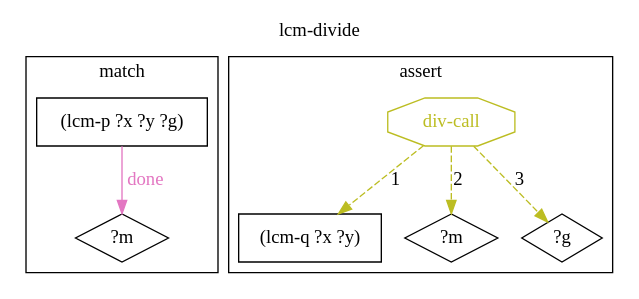
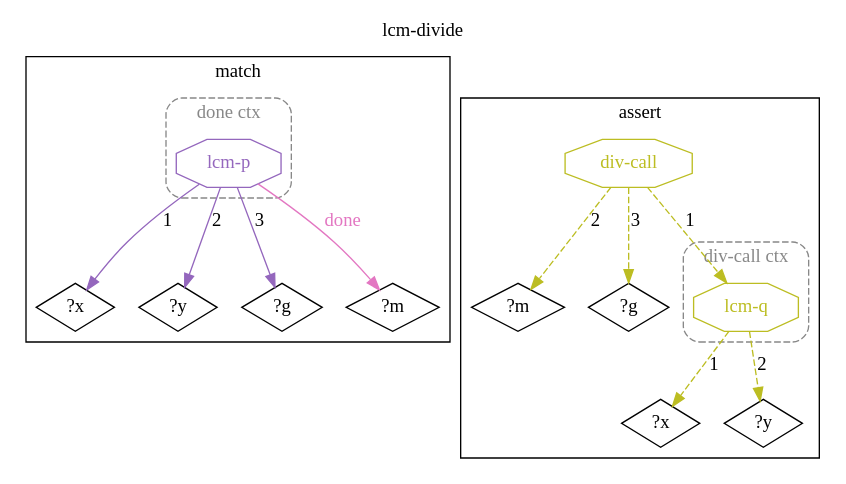
The diagram in docs/ein/user/04-reference/04-stdlib/diagrams/13-std.math.gcd.lcm-divide.dot (agutikov/ein), drawn with Graphviz before and after one commit. The commit also changed 691 other files, not shown here.

```diff
--- a/docs/ein/user/04-reference/04-stdlib/diagrams/13-std.math.gcd.lcm-divide.dot
+++ b/docs/ein/user/04-reference/04-stdlib/diagrams/13-std.math.gcd.lcm-divide.dot
@@ -1,18 +1,34 @@
 digraph rule_lcm_divide_lhs_rhs {
   rankdir=TB;
   label="lcm-divide"; labelloc=t;
   subgraph cluster_lhs { label="match";
-    "(lcm-p ?x ?y ?g)_L" [label="(lcm-p ?x ?y ?g)", shape=rectangle];
+    "?x_L" [label="?x", shape=diamond];
+    "?y_L" [label="?y", shape=diamond];
+    "?g_L" [label="?g", shape=diamond];
     "?m_L" [label="?m", shape=diamond];
+    subgraph cluster_ctx_L_0 {
+      label="done ctx"; style="dashed,rounded"; color="#888888"; fontcolor="#888888";
+      "(lcm-p ?x ?y ?g)_L" [shape=octagon, label="lcm-p", color="#9467bd", fontcolor="#9467bd"];
+    }
     "(lcm-p ?x ?y ?g)_L" -> "?m_L" [label="done", color="#e377c2", fontcolor="#e377c2"];
+    "(lcm-p ?x ?y ?g)_L" -> "?x_L" [label="1", color="#9467bd"];
+    "(lcm-p ?x ?y ?g)_L" -> "?y_L" [label="2", color="#9467bd"];
+    "(lcm-p ?x ?y ?g)_L" -> "?g_L" [label="3", color="#9467bd"];
   }
   subgraph cluster_rhs { label="assert";
-    "(lcm-q ?x ?y)_R" [label="(lcm-q ?x ?y)", shape=rectangle];
+    "?x_R" [label="?x", shape=diamond];
+    "?y_R" [label="?y", shape=diamond];
     "?m_R" [label="?m", shape=diamond];
     "?g_R" [label="?g", shape=diamond];
+    subgraph cluster_ctx_R_0 {
+      label="div-call ctx"; style="dashed,rounded"; color="#888888"; fontcolor="#888888";
+      "(lcm-q ?x ?y)_R" [shape=octagon, label="lcm-q", color="#bcbd22", fontcolor="#bcbd22"];
+    }
     "h1_div-call_R" [shape=octagon, label="div-call", color="#bcbd22", fontcolor="#bcbd22"];
     "h1_div-call_R" -> "(lcm-q ?x ?y)_R" [label="1", color="#bcbd22", style=dashed];
     "h1_div-call_R" -> "?m_R" [label="2", color="#bcbd22", style=dashed];
     "h1_div-call_R" -> "?g_R" [label="3", color="#bcbd22", style=dashed];
+    "(lcm-q ?x ?y)_R" -> "?x_R" [label="1", color="#bcbd22", style=dashed];
+    "(lcm-q ?x ?y)_R" -> "?y_R" [label="2", color="#bcbd22", style=dashed];
   }
 }
```
